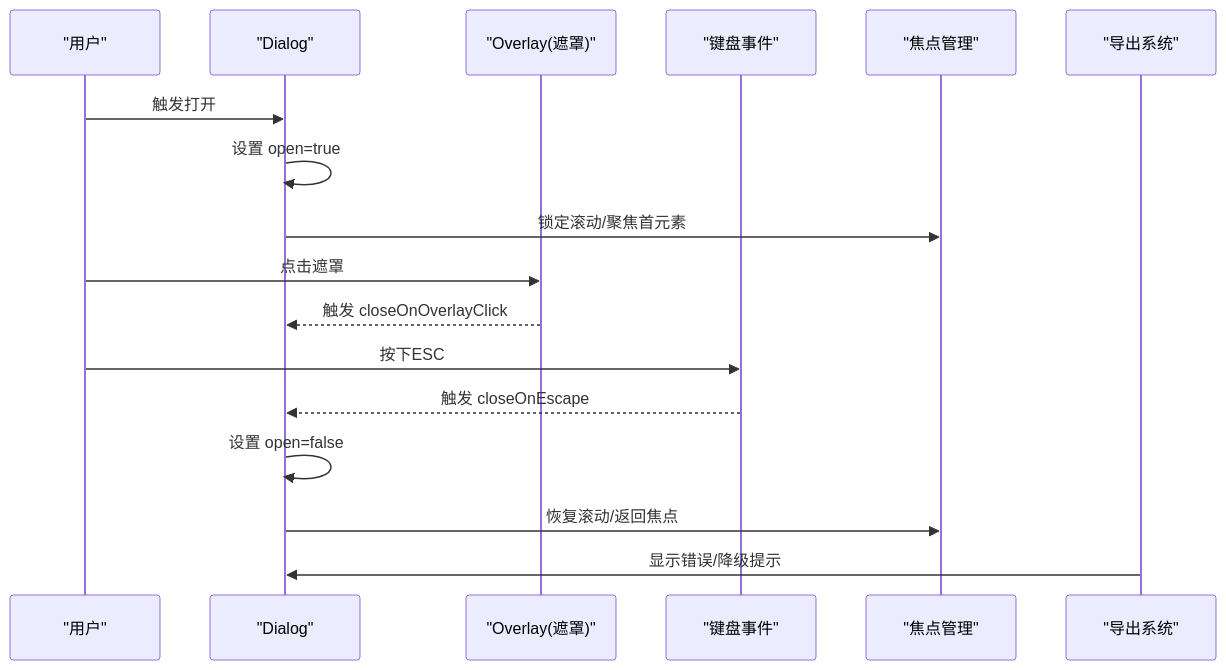
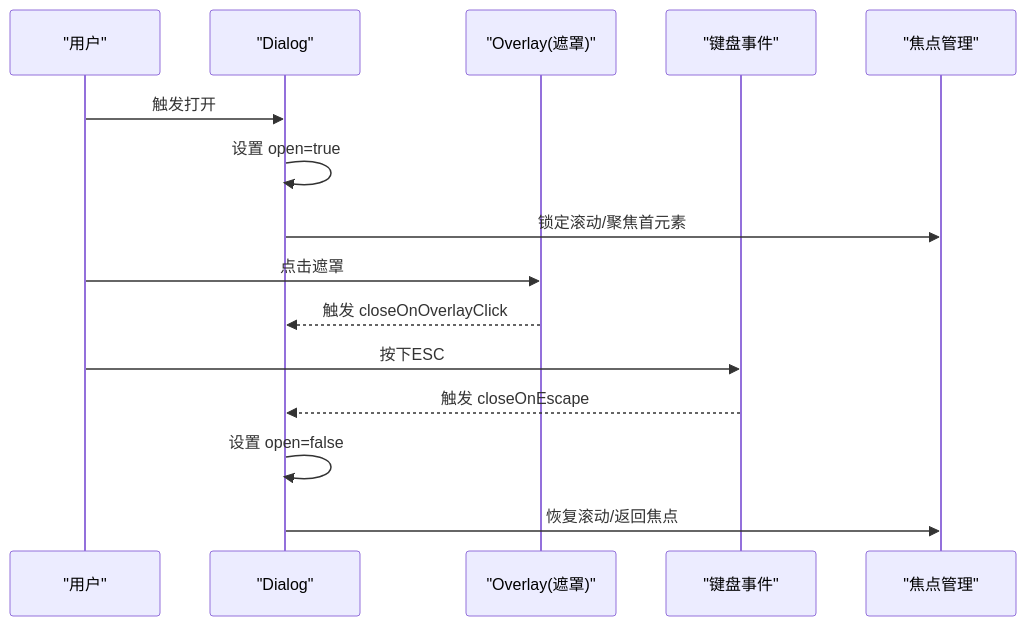
One commit to scottcwy/PurpleInk changed the fourth of 6 diagrams in .qoder/repowiki/zh/content/前端架构/组件系统/基础UI组件.md. Above: the diagram before and after it, drawn with Mermaid. The commit also changed other lines of this file and 48 other files, not shown here.

````diff
--- a/.qoder/repowiki/zh/content/前端架构/组件系统/基础UI组件.md
+++ b/.qoder/repowiki/zh/content/前端架构/组件系统/基础UI组件.md
@@ -268,19 +276,17 @@
 ```mermaid
 sequenceDiagram
 participant U as "用户"
 participant D as "Dialog"
 participant O as "Overlay(遮罩)"
 participant K as "键盘事件"
 participant F as "焦点管理"
-participant E as "导出系统"
 U->>D : 触发打开
 D->>D : 设置 open=true
 D->>F : 锁定滚动/聚焦首元素
 U->>O : 点击遮罩
 O-->>D : 触发 closeOnOverlayClick
 U->>K : 按下ESC
 K-->>D : 触发 closeOnEscape
 D->>D : 设置 open=false
 D->>F : 恢复滚动/返回焦点
-E->>D : 显示错误/降级提示
 ```
````
